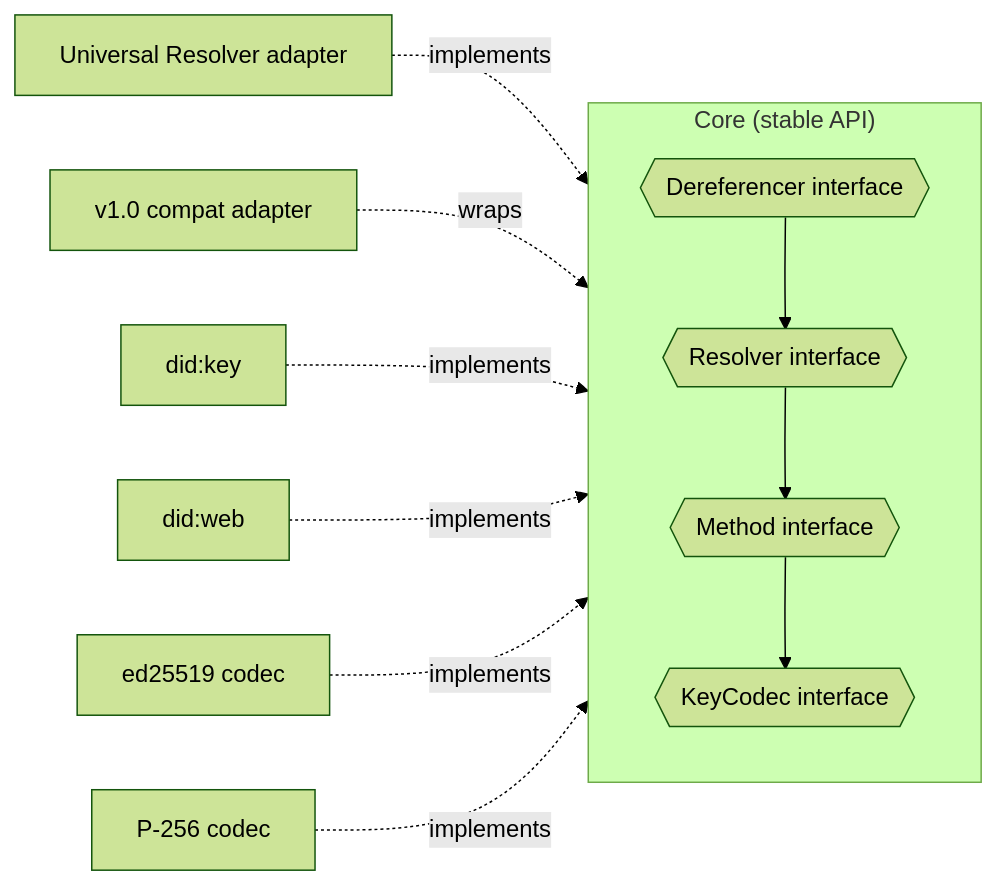
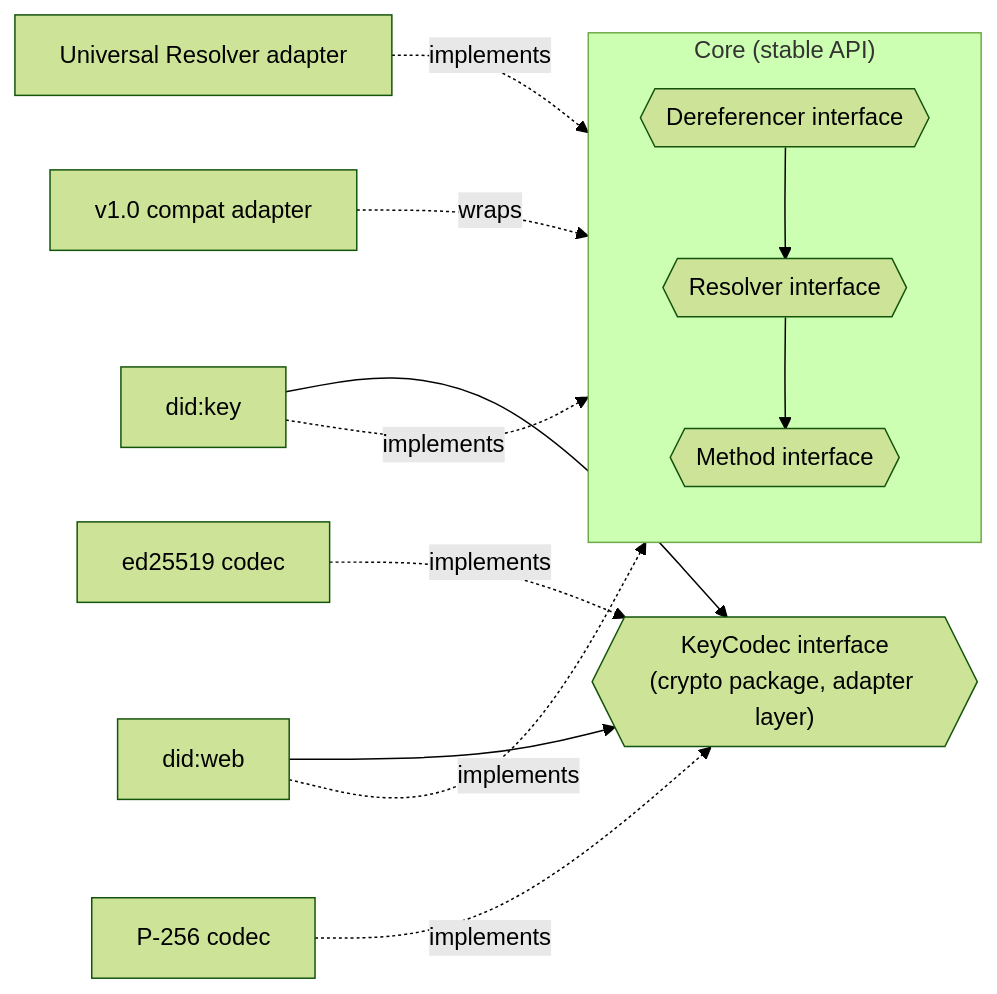
The second of 3 diagrams in docs/03-component-diagram.md (SAGE-X-project/did-go), drawn with Mermaid (forest theme) before and after one commit. The commit also changed other lines of this file and 13 other files, not shown here.

````diff
--- a/docs/03-component-diagram.md
+++ b/docs/03-component-diagram.md
@@ -90,21 +94,22 @@
 ```mermaid
 flowchart LR
     subgraph "Core (stable API)"
         direction TB
         IResolver{{"Resolver interface"}}
         IDereferencer{{"Dereferencer interface"}}
         IMethod{{"Method interface"}}
-        ICodec{{"KeyCodec interface"}}
     end
+
+    ICodec{{"KeyCodec interface<br/>(crypto package, adapter layer)"}}
 
     UNIV[Universal Resolver adapter] -.implements.-> IResolver
     V10C[v1.0 compat adapter] -.wraps.-> IResolver
     DKEY[did:key] -.implements.-> IMethod
     DWEB[did:web] -.implements.-> IMethod
     ED25519[ed25519 codec] -.implements.-> ICodec
     P256[P-256 codec] -.implements.-> ICodec
 
     IResolver --> IMethod
     IDereferencer --> IResolver
-    IMethod --> ICodec
+    DKEY & DWEB --> ICodec
 ```
````
